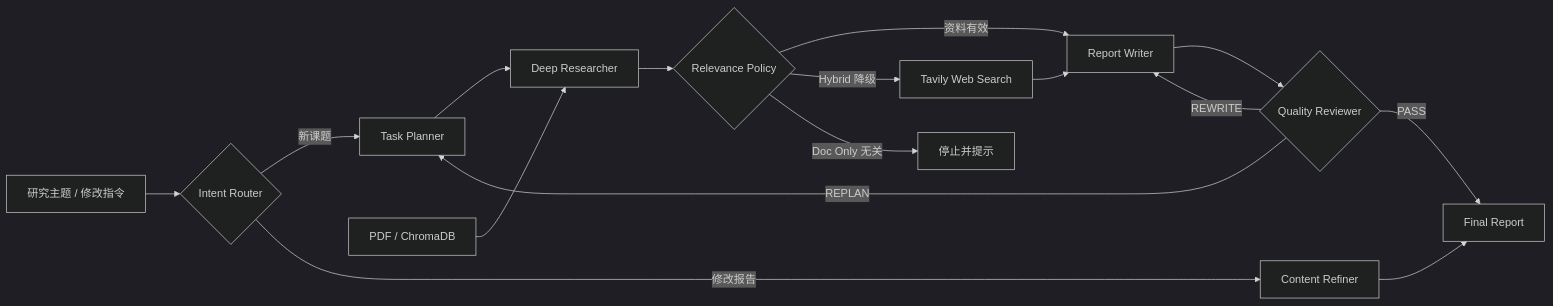
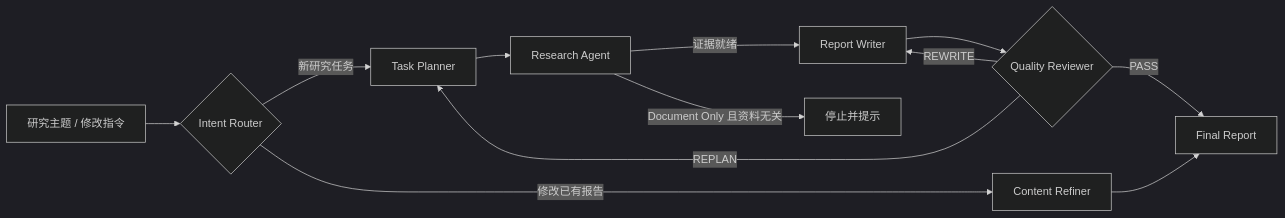
The first of 3 diagrams in README.md (aweg75006-maker/AMAS), drawn with Mermaid (dark theme) before and after one commit. The commit also changed other lines of this file and 34 other files, not shown here.

````diff
--- a/README.md
+++ b/README.md
@@ -127,20 +61,16 @@
 ```mermaid
 flowchart LR
     U["研究主题 / 修改指令"] --> R{"Intent Router"}
-    R -->|新课题| P["Task Planner"]
-    R -->|修改报告| F["Content Refiner"]
+    R -->|新研究任务| P["Task Planner"]
+    R -->|修改已有报告| F["Content Refiner"]
 
-    P --> S["Deep Researcher"]
-    K["PDF / ChromaDB"] --> S
-    S --> G{"Relevance Policy"}
-    G -->|资料有效| C["Report Writer"]
-    G -->|Hybrid 降级| W["Tavily Web Search"]
-    W --> C
-    G -->|Doc Only 无关| E["停止并提示"]
+    P --> A["Research Agent"]
+    A -->|证据就绪| W["Report Writer"]
+    A -->|Document Only 且资料无关| X["停止并提示"]
 
-    C --> V{"Quality Reviewer"}
-    V -->|PASS| O["Final Report"]
-    V -->|REPLAN| P
-    V -->|REWRITE| C
+    W --> Q{"Quality Reviewer"}
+    Q -->|PASS| O["Final Report"]
+    Q -->|REPLAN| P
+    Q -->|REWRITE| W
     F --> O
 ```
````
